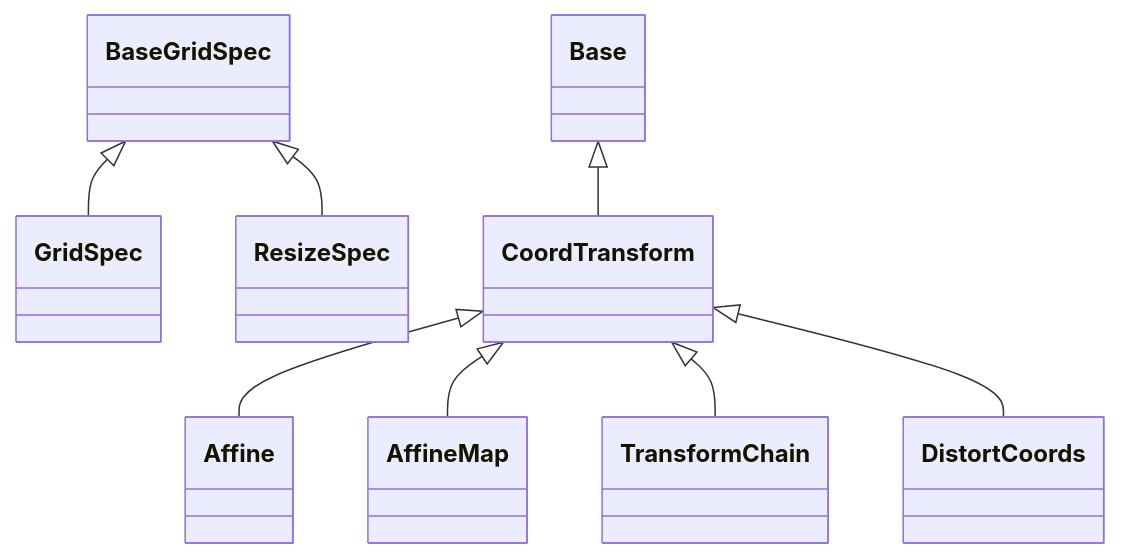
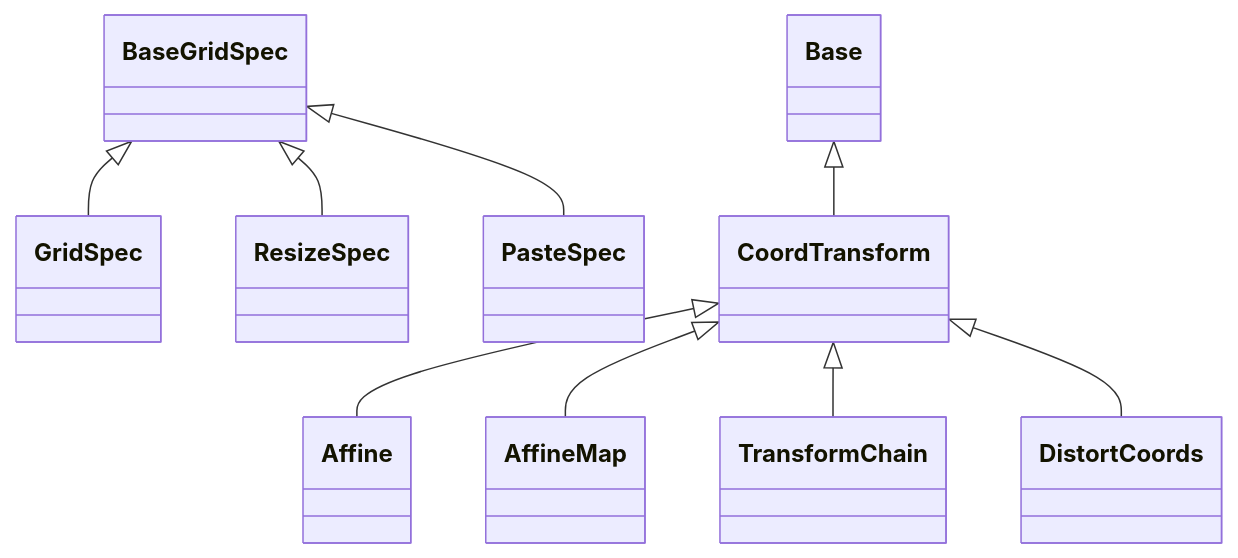
One commit to LouisDesdoigts/dLux changed the diagram in docs/API/core/grids.md. Above: the diagram before and after it, drawn with Mermaid. The commit also changed other lines of this file and 103 other files, not shown here.

````diff
--- a/docs/API/core/grids.md
+++ b/docs/API/core/grids.md
@@ -5,26 +5,29 @@
 ```mermaid
 classDiagram
     class dLux_grids_GridSpec["GridSpec"]
     class dLux_grids_ResizeSpec["ResizeSpec"]
+    class dLux_grids_PasteSpec["PasteSpec"]
     class dLux_grids_CoordTransform["CoordTransform"]
     class dLux_grids_Affine["Affine"]
     class dLux_grids_AffineMap["AffineMap"]
     class dLux_grids_TransformChain["TransformChain"]
     class dLux_grids_DistortCoords["DistortCoords"]
+    class dLux_base_Base["Base"]
     class dLux_grids_BaseGridSpec["BaseGridSpec"]
-    class zodiax_base_Base["Base"]
     dLux_grids_BaseGridSpec <|-- dLux_grids_GridSpec
-    click dLux_grids_GridSpec href "#dLux.grids.GridSpec" "Attributes: n, d, c, unit · Properties: ndim, shape, scale, axes, xs, coordinates, fov · Methods: broadcast(), resize(), downsample(), oversample(), resample(), build(), axes_for(), xs_for(), transformed(), coordinates_for(), extent()"
+    click dLux_grids_GridSpec href "#dLux.grids.GridSpec" "Attributes: n, d, c, unit · Properties: ndim, shape, scale, axes, xs, coordinates, fov · Methods: broadcast(), resize(), downsample(), oversample(), resample(), from_axes(), build(), axes_for(), xs_for(), transformed(), coordinates_for(), extent()"
     dLux_grids_BaseGridSpec <|-- dLux_grids_ResizeSpec
-    click dLux_grids_ResizeSpec href "#dLux.grids.ResizeSpec" "Attributes: n, pad, crop, c · Properties: explicit, padding · Methods: broadcast(), output_size(), crop_size(), pad_array(), crop_array(), resize()"
-    zodiax_base_Base <|-- dLux_grids_CoordTransform
+    click dLux_grids_ResizeSpec href "#dLux.grids.ResizeSpec" "Attributes: n, pad, crop, c · Properties: explicit, padding · Methods: broadcast(), output_size(), crop_size(), pad_array(), crop_array(), crop_axes(), resize()"
+    dLux_grids_BaseGridSpec <|-- dLux_grids_PasteSpec
+    click dLux_grids_PasteSpec href "#dLux.grids.PasteSpec" "Attributes: n, shape, starts, offsets, d · Properties: coordinates · Methods: from_grid(), paste(), extract()"
+    dLux_base_Base <|-- dLux_grids_CoordTransform
     click dLux_grids_CoordTransform href "#dLux.grids.CoordTransform" "Methods: get_coordinates(), apply()"
     dLux_grids_CoordTransform <|-- dLux_grids_Affine
-    click dLux_grids_Affine href "#dLux.grids.Affine" "Attributes: translation, rotation, scale, shear, order · Methods: coefficients()"
+    click dLux_grids_Affine href "#dLux.grids.Affine" "Attributes: translation, rotation, scale, shear, order · Properties: coeffs"
     dLux_grids_CoordTransform <|-- dLux_grids_AffineMap
     click dLux_grids_AffineMap href "#dLux.grids.AffineMap" "Attributes: matrix, offset"
     dLux_grids_CoordTransform <|-- dLux_grids_TransformChain
     click dLux_grids_TransformChain href "#dLux.grids.TransformChain" "Attributes: transformations"
     dLux_grids_CoordTransform <|-- dLux_grids_DistortCoords
     click dLux_grids_DistortCoords href "#dLux.grids.DistortCoords" "Attributes: powers, distortion, shift_invariant"
 ```
````
